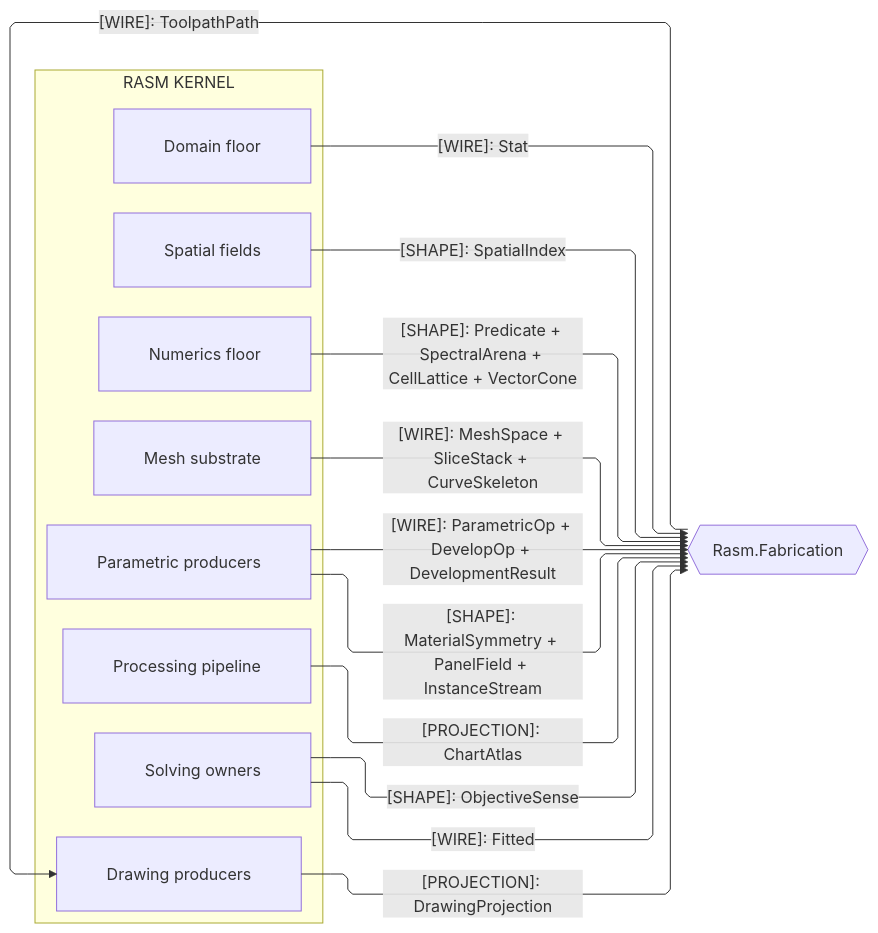
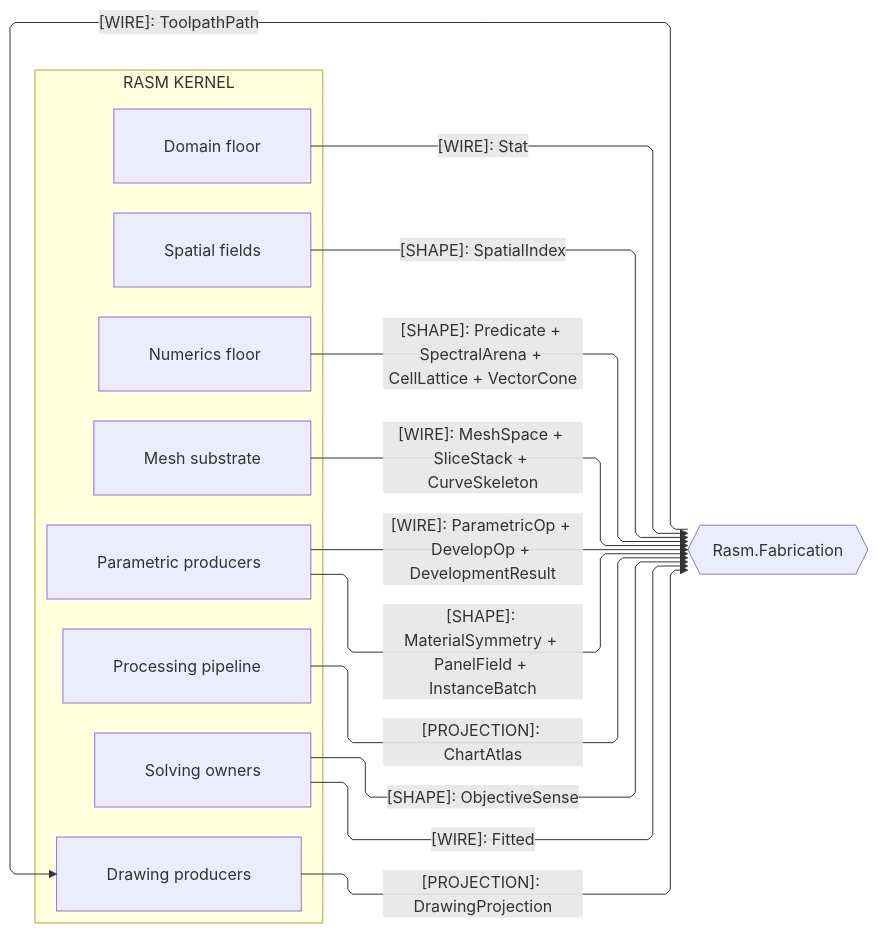
Before and after one commit to bsamiee/Rasm: the third of 4 diagrams in libs/dotnet/Rasm/ARCHITECTURE.md, drawn with Mermaid. The commit also changed other lines of this file and 47 other files, not shown here.

````diff
--- a/libs/dotnet/Rasm/ARCHITECTURE.md
+++ b/libs/dotnet/Rasm/ARCHITECTURE.md
@@ -245,34 +245,34 @@
 ```mermaid
 ---
 config:
   layout: elk
   flowchart:
     curve: linear
     padding: 25
 ---
 flowchart LR
     accTitle: Kernel fabrication boundaries
     accDescr: Kernel owners projecting substrate, algorithm, and drawing shapes to the fabrication peer and reading its posted toolpath pack back.
     subgraph rasm[RASM KERNEL]
         Domain[Domain floor]
         Spatial[Spatial fields]
         Numerics[Numerics floor]
         Meshing[Mesh substrate]
         Parametric[Parametric producers]
         Processing[Processing pipeline]
         Solving[Solving owners]
         Drawing[Drawing producers]
     end
     Fabrication{{Rasm.Fabrication}}
     Domain e1@-->|"[WIRE]: Stat"| Fabrication
     Spatial e2@-->|"[SHAPE]: SpatialIndex"| Fabrication
     Numerics e3@-->|"[SHAPE]: Predicate + SpectralArena + CellLattice + VectorCone"| Fabrication
     Meshing e4@-->|"[WIRE]: MeshSpace + SliceStack + CurveSkeleton"| Fabrication
     Parametric e5@-->|"[WIRE]: ParametricOp + DevelopOp + DevelopmentResult"| Fabrication
-    Parametric e12@-->|"[SHAPE]: MaterialSymmetry + PanelField + InstanceStream"| Fabrication
+    Parametric e12@-->|"[SHAPE]: MaterialSymmetry + PanelField + InstanceBatch"| Fabrication
     Processing e7@-->|"[PROJECTION]: ChartAtlas"| Fabrication
     Solving e8@-->|"[SHAPE]: ObjectiveSense"| Fabrication
     Solving e9@-->|"[WIRE]: Fitted"| Fabrication
     Drawing e10@-->|"[PROJECTION]: DrawingProjection"| Fabrication
     Fabrication e11@-->|"[WIRE]: ToolpathPath"| Drawing
 ```
````
